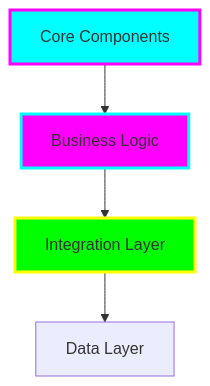
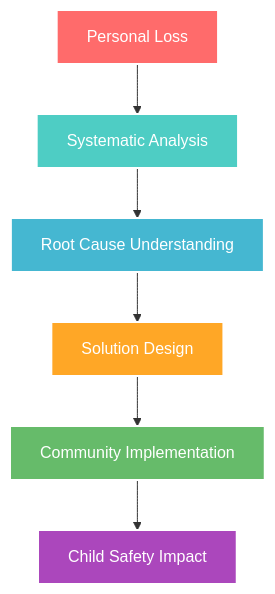
Before and after one commit to tiation/grieftodesign: the diagram in README.md, drawn with Mermaid. The commit also changed other lines of this file and 10 other files, not shown here.

````diff
--- a/README.md
+++ b/README.md
@@ -33,10 +49,15 @@
 ```mermaid
 graph TB
-    A[Core Components] --> B[Business Logic]
-    B --> C[Integration Layer]
-    C --> D[Data Layer]
+    A[Personal Loss] --> B[Systematic Analysis]
+    B --> C[Root Cause Understanding]
+    C --> D[Solution Design]
+    D --> E[Community Implementation]
+    E --> F[Child Safety Impact]
     
-    style A fill:#00ffff,stroke:#ff00ff,stroke-width:3px
-    style B fill:#ff00ff,stroke:#00ffff,stroke-width:3px
-    style C fill:#00ff00,stroke:#ffff00,stroke-width:3px
+    style A fill:#FF6B6B,stroke:#fff,stroke-width:2px,color:#fff
+    style B fill:#4ECDC4,stroke:#fff,stroke-width:2px,color:#fff
+    style C fill:#45B7D1,stroke:#fff,stroke-width:2px,color:#fff
+    style D fill:#FFA726,stroke:#fff,stroke-width:2px,color:#fff
+    style E fill:#66BB6A,stroke:#fff,stroke-width:2px,color:#fff
+    style F fill:#AB47BC,stroke:#fff,stroke-width:2px,color:#fff
 ```
````
